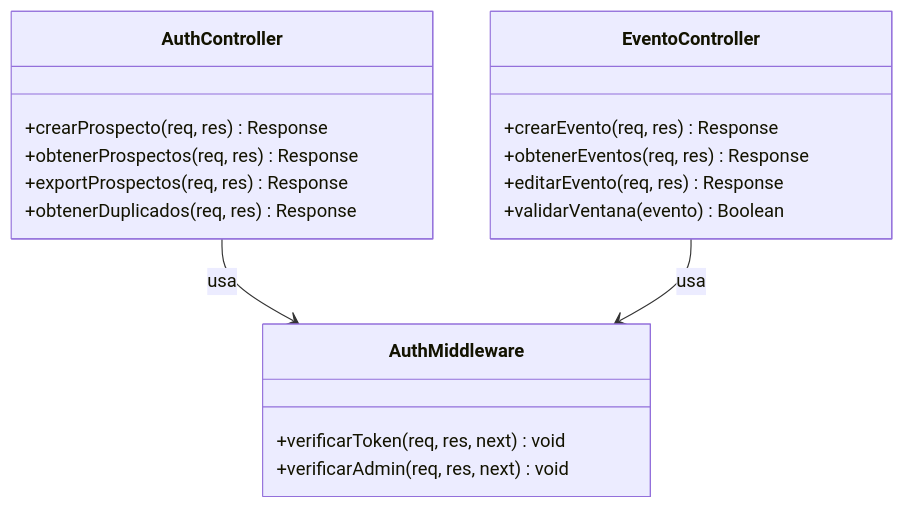
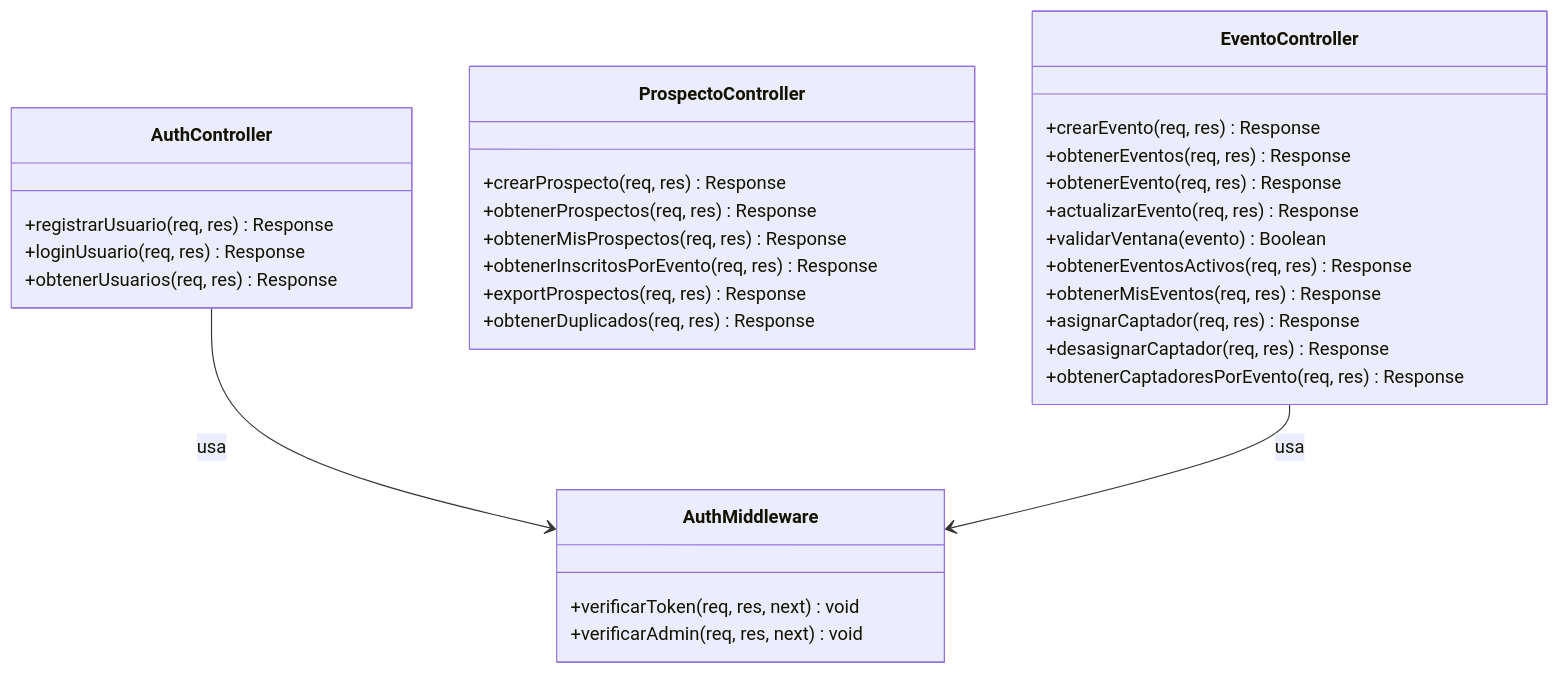
The second of 3 diagrams in docs/fase2-desarrollo/grupales/Evidencias de documentación/uml-clases.md (Pancho190/capstone-2026-002D-equipo-04), drawn with Mermaid before and after one commit. The commit also changed other lines of this file and 6 other files, not shown here.

Commit message:
docs: actualizar documentación y diagramas UML con panel de captador y asignación de captadores

````diff
--- a/docs/fase2-desarrollo/grupales/Evidencias de documentación/uml-clases.md
+++ b/docs/fase2-desarrollo/grupales/Evidencias de documentación/uml-clases.md
@@ -85,24 +102,38 @@
 ```mermaid
 classDiagram
     class AuthController {
+        +registrarUsuario(req, res) Response
+        +loginUsuario(req, res) Response
+        +obtenerUsuarios(req, res) Response
+    }
+
+    class ProspectoController {
         +crearProspecto(req, res) Response
         +obtenerProspectos(req, res) Response
+        +obtenerMisProspectos(req, res) Response
+        +obtenerInscritosPorEvento(req, res) Response
         +exportProspectos(req, res) Response
         +obtenerDuplicados(req, res) Response
     }
 
     class EventoController {
         +crearEvento(req, res) Response
         +obtenerEventos(req, res) Response
-        +editarEvento(req, res) Response
+        +obtenerEvento(req, res) Response
+        +actualizarEvento(req, res) Response
         +validarVentana(evento) Boolean
+        +obtenerEventosActivos(req, res) Response
+        +obtenerMisEventos(req, res) Response
+        +asignarCaptador(req, res) Response
+        +desasignarCaptador(req, res) Response
+        +obtenerCaptadoresPorEvento(req, res) Response
     }
 
     class AuthMiddleware {
         +verificarToken(req, res, next) void
         +verificarAdmin(req, res, next) void
     }
 
     AuthController --> AuthMiddleware : usa
     EventoController --> AuthMiddleware : usa
 ```
````
